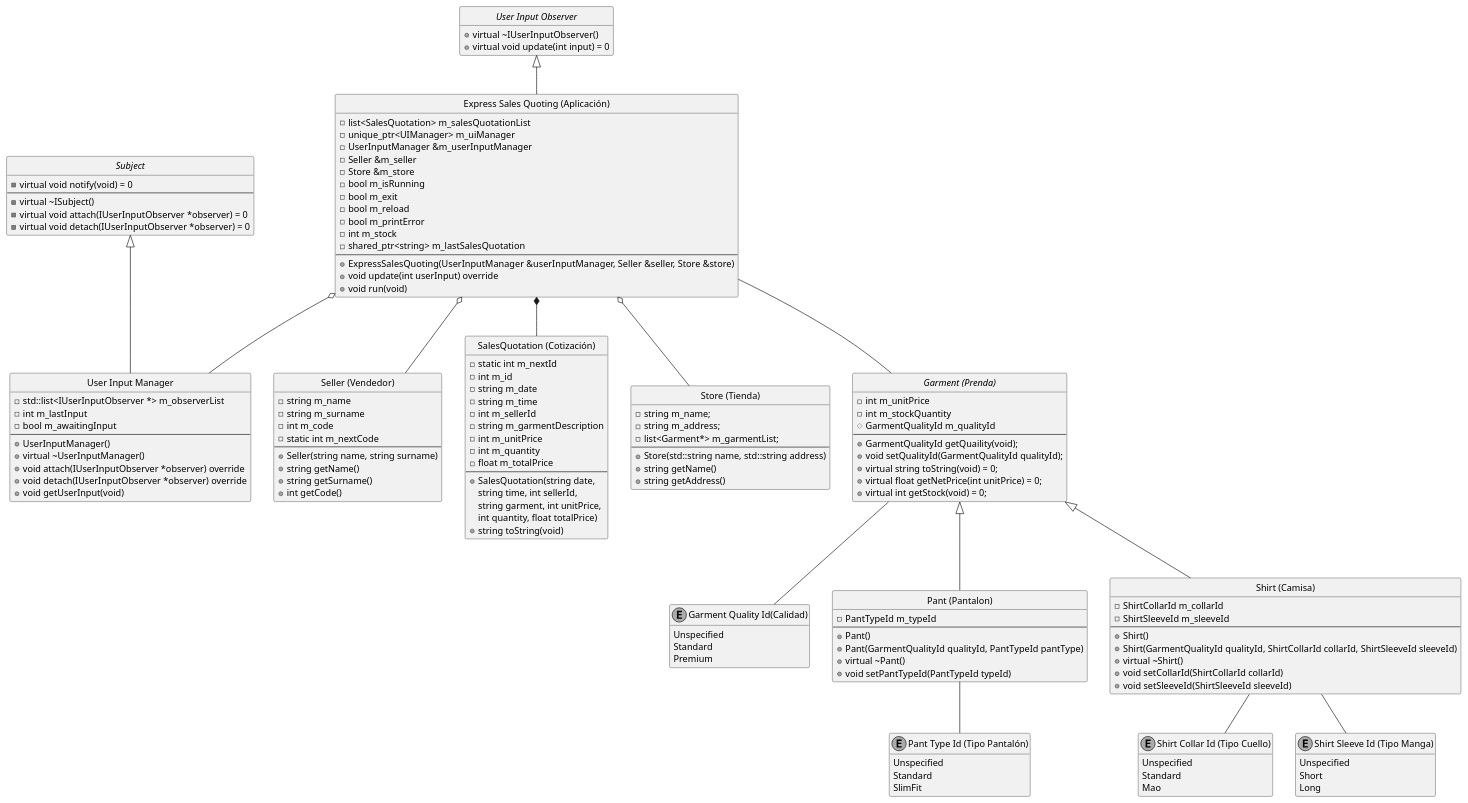
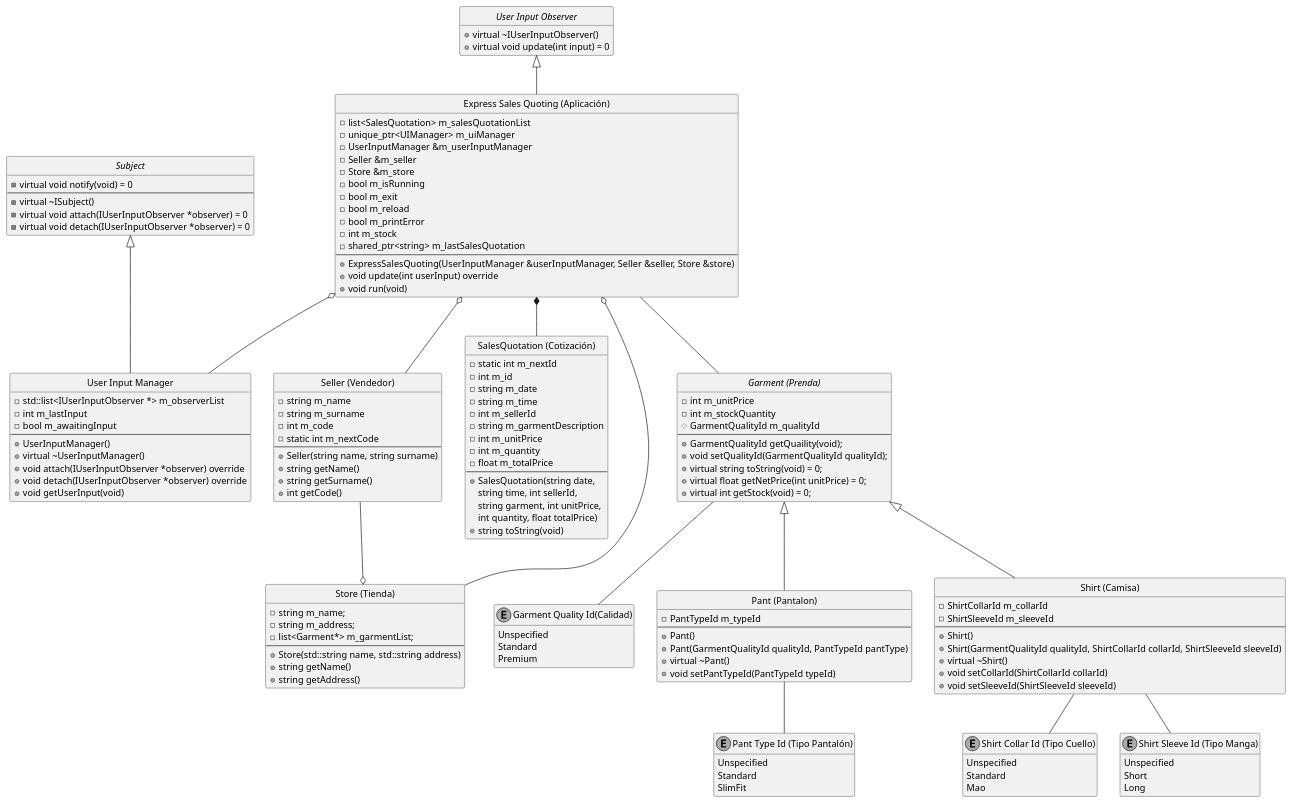
The diagram in docs/diagrams/src/architecture_overview.plantuml (nachomoledo/CppExam), drawn with PlantUML before and after one commit. The commit also changed 4 other files, not shown here.

```diff
--- a/docs/diagrams/src/architecture_overview.plantuml
+++ b/docs/diagrams/src/architecture_overview.plantuml
@@ -1,173 +1,174 @@
 @startuml classDiagram
 skinparam monochrome true
 hide circle
 show enum circle
 hide empty members
 
 class "Seller (Vendedor)" as vend
 {
 - string m_name
 - string m_surname
 - int m_code
 - static int m_nextCode 
 --
 + Seller(string name, string surname)
 + string getName()
 + string getSurname()
 + int getCode()
 }
 
 class "SalesQuotation (Cotización)" as cot
 {
 - static int m_nextId
 - int m_id
 - string m_date
 - string m_time
 - int m_sellerId
 - string m_garmentDescription
 - int m_unitPrice
 - int m_quantity
 - float m_totalPrice
 --
 + SalesQuotation(string date, 
 string time, int sellerId,
 string garment, int unitPrice,
 int quantity, float totalPrice)
 + string toString(void)
 }
 
 class "Store (Tienda)" as tienda
 {
 - string m_name;
 - string m_address;
 - list<Garment*> m_garmentList;
 --
 + Store(std::string name, std::string address)
 + string getName()
 + string getAddress()
 }
 
 interface "Garment (Prenda)" as prenda
 {
 - int m_unitPrice
 - int m_stockQuantity
 # GarmentQualityId m_qualityId
 --
 + GarmentQualityId getQuaility(void);
 + void setQualityId(GarmentQualityId qualityId);
 + virtual string toString(void) = 0;
 + virtual float getNetPrice(int unitPrice) = 0;
 + virtual int getStock(void) = 0;
 }
 
 class "Express Sales Quoting (Aplicación)" as app
 {
 - list<SalesQuotation> m_salesQuotationList
 - unique_ptr<UIManager> m_uiManager
 - UserInputManager &m_userInputManager
 - Seller &m_seller
 - Store &m_store
 - bool m_isRunning
 - bool m_exit
 - bool m_reload
 - bool m_printError
 - int m_stock
 - shared_ptr<string> m_lastSalesQuotation
 --
 + ExpressSalesQuoting(UserInputManager &userInputManager, Seller &seller, Store &store)
 + void update(int userInput) override
 + void run(void)
 }
 
 interface "User Input Observer" as obs
 {
 + virtual ~IUserInputObserver()
 + virtual void update(int input) = 0
 }
 
 enum "Garment Quality Id(Calidad)" as cal
 {
     Unspecified
     Standard
     Premium
 }
 
 enum "Pant Type Id (Tipo Pantalón)" as pantId
 {
     Unspecified
     Standard
     SlimFit
 }
 
 class "Pant (Pantalon)" as pant
 {
 - PantTypeId m_typeId
 --
 + Pant()
 + Pant(GarmentQualityId qualityId, PantTypeId pantType)
 + virtual ~Pant()
 + void setPantTypeId(PantTypeId typeId)
 }
 
 class "Shirt (Camisa)" as cam
 {
 - ShirtCollarId m_collarId
 - ShirtSleeveId m_sleeveId
 --
 + Shirt()
 + Shirt(GarmentQualityId qualityId, ShirtCollarId collarId, ShirtSleeveId sleeveId)
 + virtual ~Shirt()
 + void setCollarId(ShirtCollarId collarId)
 + void setSleeveId(ShirtSleeveId sleeveId)
 }
 
 enum "Shirt Collar Id (Tipo Cuello)" as cuello
 {
     Unspecified
     Standard
     Mao
 }
 
 enum "Shirt Sleeve Id (Tipo Manga)" as manga
 {
     Unspecified
     Short
     Long
 }
 
 interface "Subject" as subject
 {
 - virtual void notify(void) = 0
 --
 - virtual ~ISubject()
 - virtual void attach(IUserInputObserver *observer) = 0
 - virtual void detach(IUserInputObserver *observer) = 0
 }
 
 class "User Input Manager" as  uim
 {
 - std::list<IUserInputObserver *> m_observerList
 - int m_lastInput
 - bool m_awaitingInput
 --
 + UserInputManager()
 + virtual ~UserInputManager()
 + void attach(IUserInputObserver *observer) override
 + void detach(IUserInputObserver *observer) override
 + void getUserInput(void)
 }
 
 subject <|-- uim
 app o-- uim
 app o-- vend
+vend --o tienda
 app o-- tienda
 app *-- cot
 app -- prenda
 obs <|-- app
 prenda <|-- cam
 prenda <|-- pant
 prenda -- cal
 cam -- cuello
 cam -- manga
 pant -- pantId
 @enduml
```
